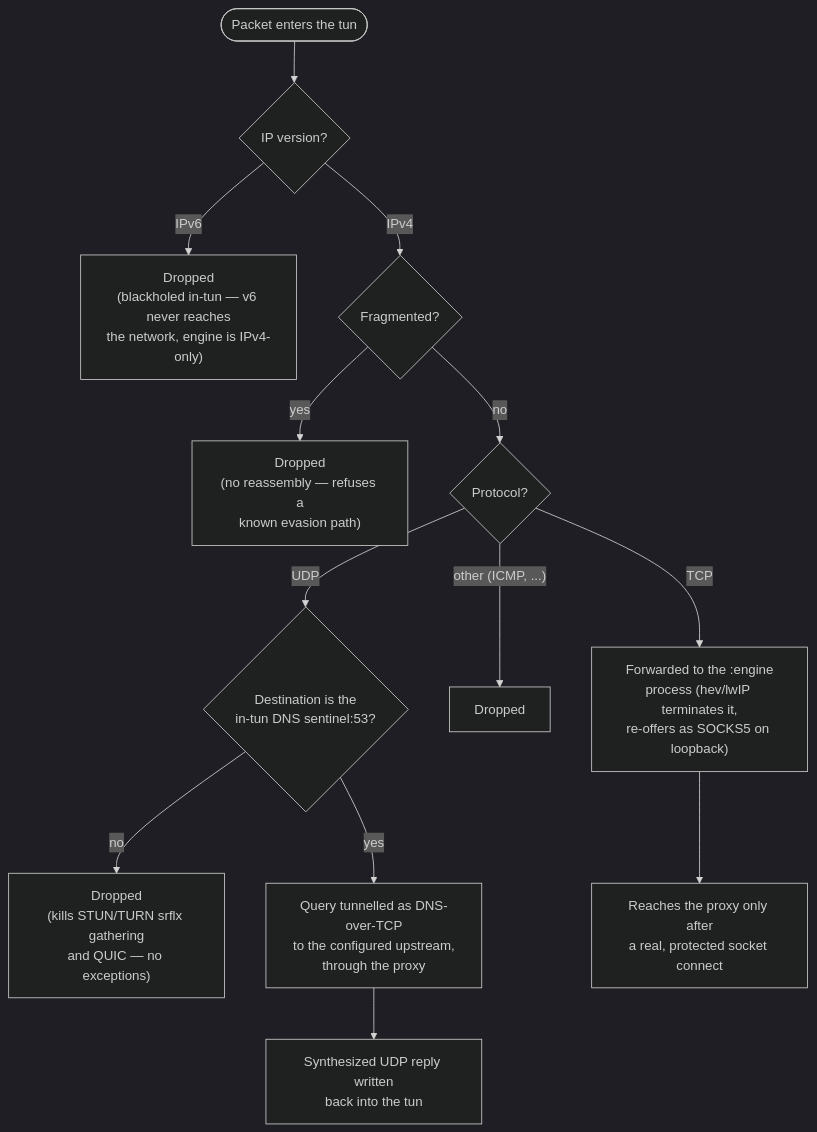
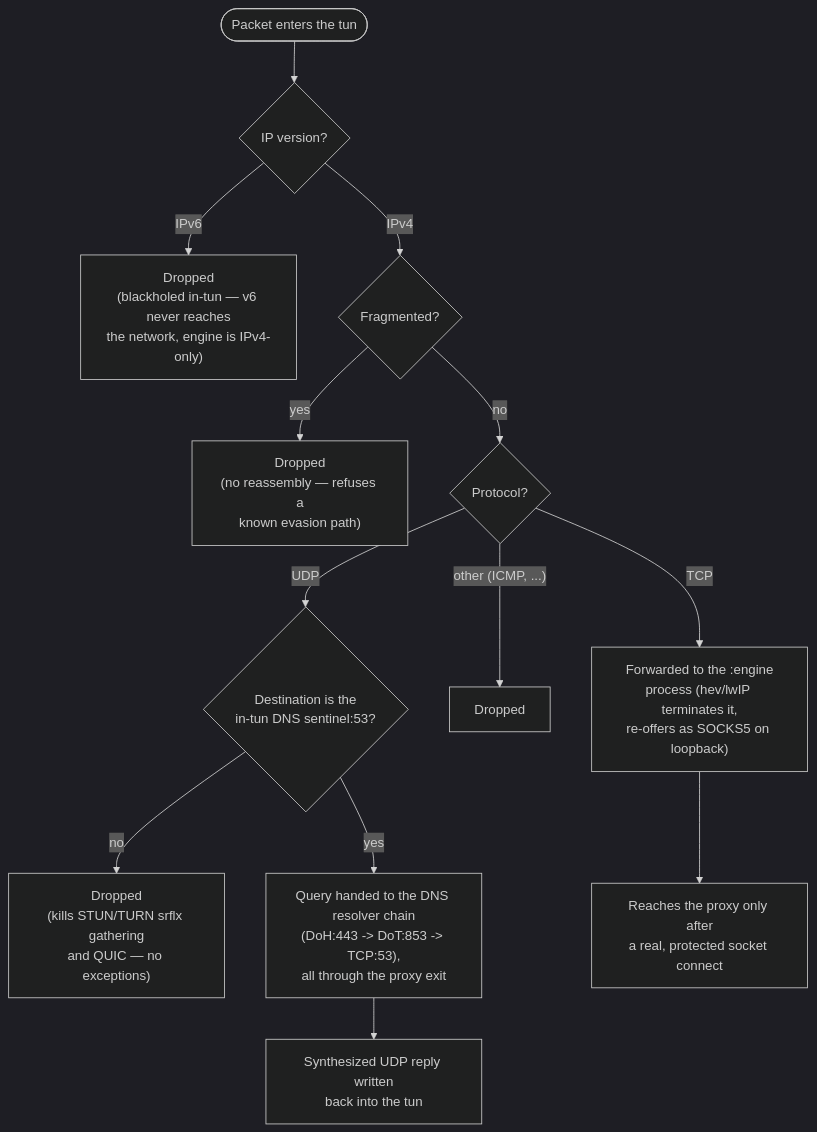
One commit to darshjme/DJProxy changed the second of 3 diagrams in README.md. Above: the diagram before and after it, drawn with Mermaid (dark theme). The commit also changed other lines of this file and 1 other file, not shown here.

Commit message:
docs: v3 README + DESIGN updates (advisory self-test, DoH DNS, location, hotspot tiers)

````diff
--- a/README.md
+++ b/README.md
@@ -87,15 +104,15 @@
 ```mermaid
 flowchart TD
     Start(["Packet enters the tun"]) --> Ver{"IP version?"}
     Ver -- "IPv6" --> DropV6["Dropped\n(blackholed in-tun — v6 never reaches\nthe network, engine is IPv4-only)"]
     Ver -- "IPv4" --> Frag{"Fragmented?"}
     Frag -- "yes" --> DropFrag["Dropped\n(no reassembly — refuses a\nknown evasion path)"]
     Frag -- "no" --> Proto{"Protocol?"}
     Proto -- "TCP" --> ToEngine["Forwarded to the :engine\nprocess (hev/lwIP terminates it,\nre-offers as SOCKS5 on loopback)"]
     Proto -- "other (ICMP, ...)" --> DropOther["Dropped"]
     Proto -- "UDP" --> UdpDst{"Destination is the\nin-tun DNS sentinel:53?"}
     UdpDst -- "no" --> DropUdp["Dropped\n(kills STUN/TURN srflx gathering\nand QUIC — no exceptions)"]
-    UdpDst -- "yes" --> Dns["Query tunnelled as DNS-over-TCP\nto the configured upstream,\nthrough the proxy"]
+    UdpDst -- "yes" --> Dns["Query handed to the DNS resolver chain\n(DoH:443 -> DoT:853 -> TCP:53),\nall through the proxy exit"]
     Dns --> Reply["Synthesized UDP reply written\nback into the tun"]
     ToEngine --> ProxyOut["Reaches the proxy only after\na real, protected socket connect"]
 ```
````
